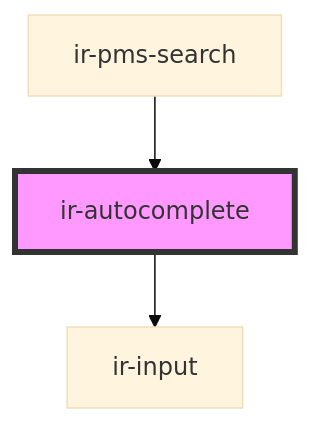
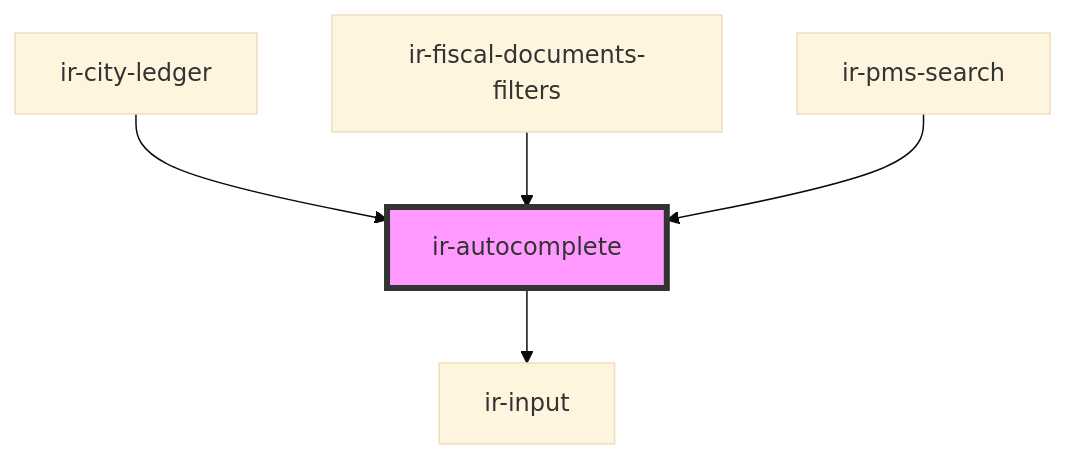
The diagram in src/components/ui/ir-autocomplete/readme.md (RonyRizk/ir-webcmp), drawn with Mermaid (base theme) before and after one commit. The commit also changed other lines of this file and 586 other files, not shown here.

````diff
--- a/src/components/ui/ir-autocomplete/readme.md
+++ b/src/components/ui/ir-autocomplete/readme.md
@@ -112,6 +114,8 @@
 ```mermaid
 graph TD;
   ir-autocomplete --> ir-input
+  ir-city-ledger --> ir-autocomplete
+  ir-fiscal-documents-filters --> ir-autocomplete
   ir-pms-search --> ir-autocomplete
   style ir-autocomplete fill:#f9f,stroke:#333,stroke-width:4px
 ```
````
